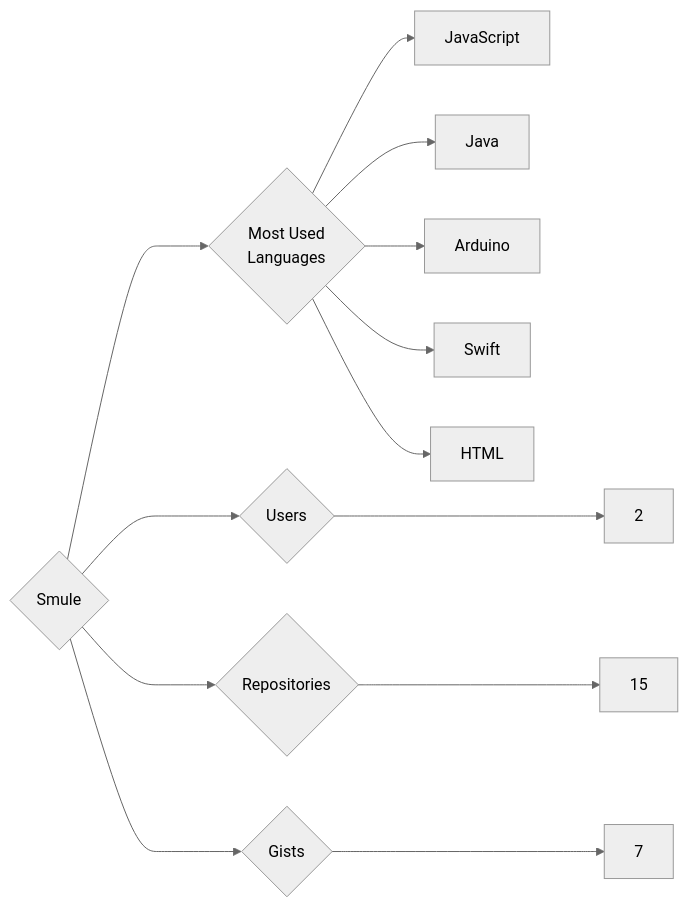
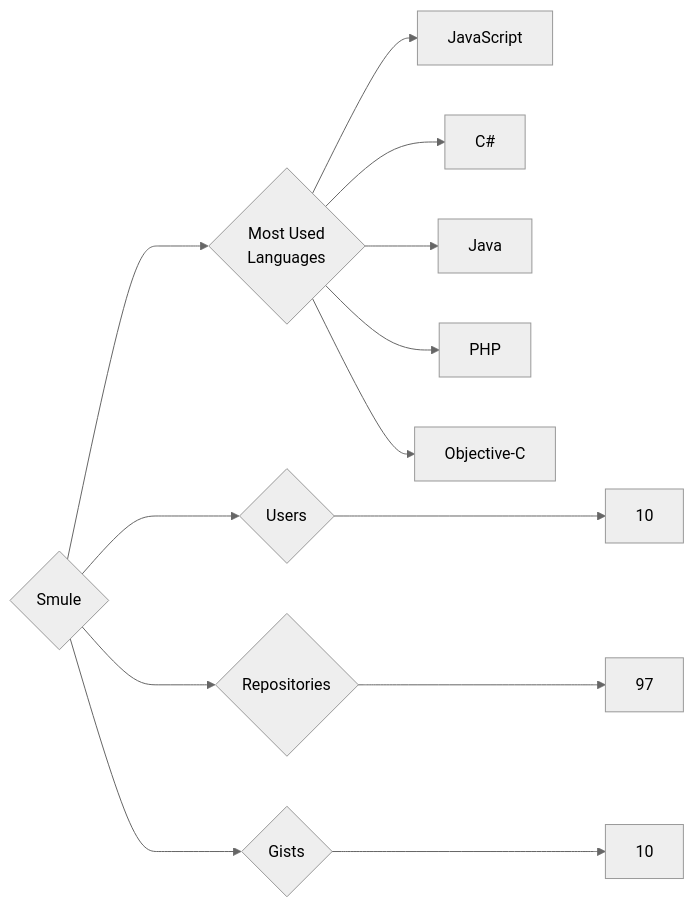
Before and after one commit to trickest/insiders: the diagram in targets/Smule/README.md, drawn with Mermaid (neutral theme). The commit also changed 799 other files, not shown here.

````diff
--- a/targets/Smule/README.md
+++ b/targets/Smule/README.md
@@ -3,13 +3,13 @@
 ```mermaid
 graph LR
 COMPANY_NAME{Smule}
-COMPANY_NAME ---> U{Users} ---> UN[2]
-COMPANY_NAME ---> R{Repositories} ---> RN[15]
-COMPANY_NAME ---> G{Gists} ---> GN[7]
+COMPANY_NAME ---> U{Users} ---> UN[10]
+COMPANY_NAME ---> R{Repositories} ---> RN[97]
+COMPANY_NAME ---> G{Gists} ---> GN[10]
 COMPANY_NAME ---> ML{Most Used<br>Languages}
 ML --> JavaScript[JavaScript]
+ML --> C#[C#]
 ML --> Java[Java]
-ML --> Arduino[Arduino]
-ML --> Swift[Swift]
-ML --> HTML[HTML]
+ML --> PHP[PHP]
+ML --> Objective-C[Objective-C]
 ```
````
